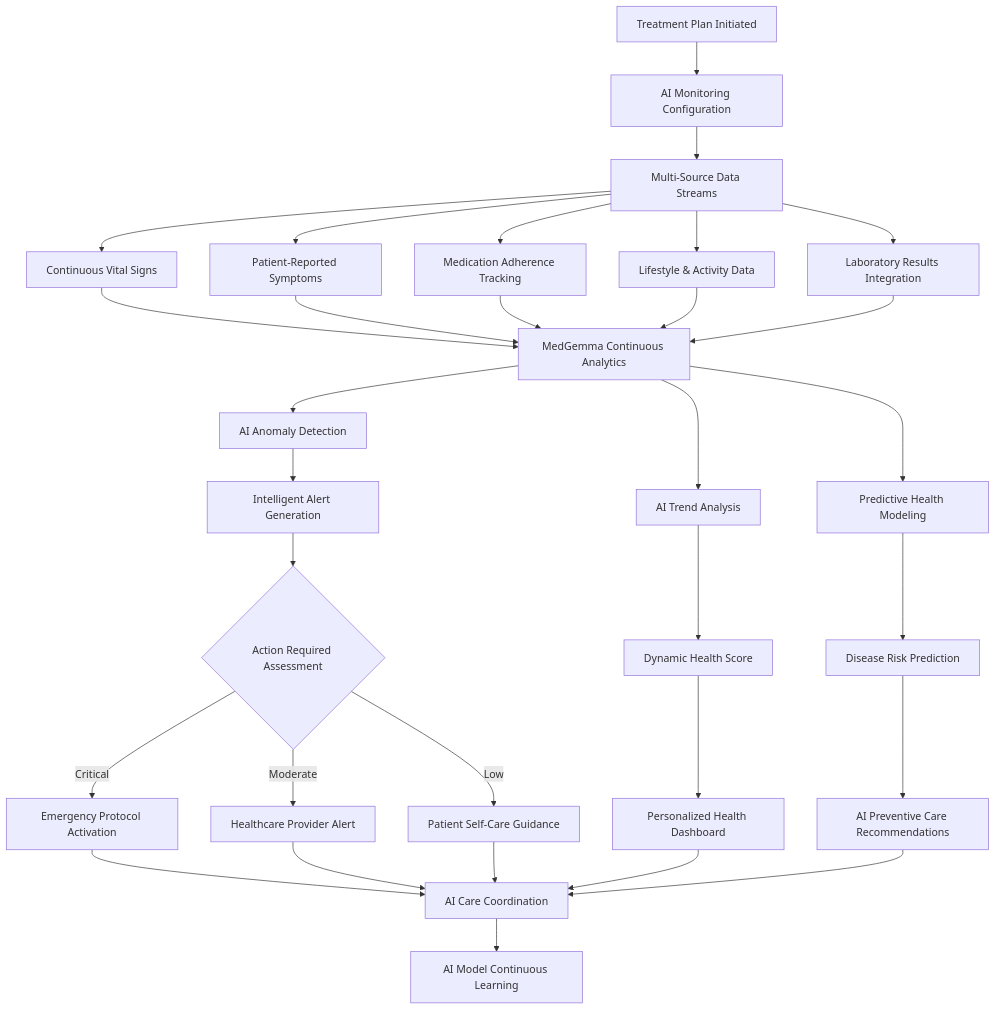
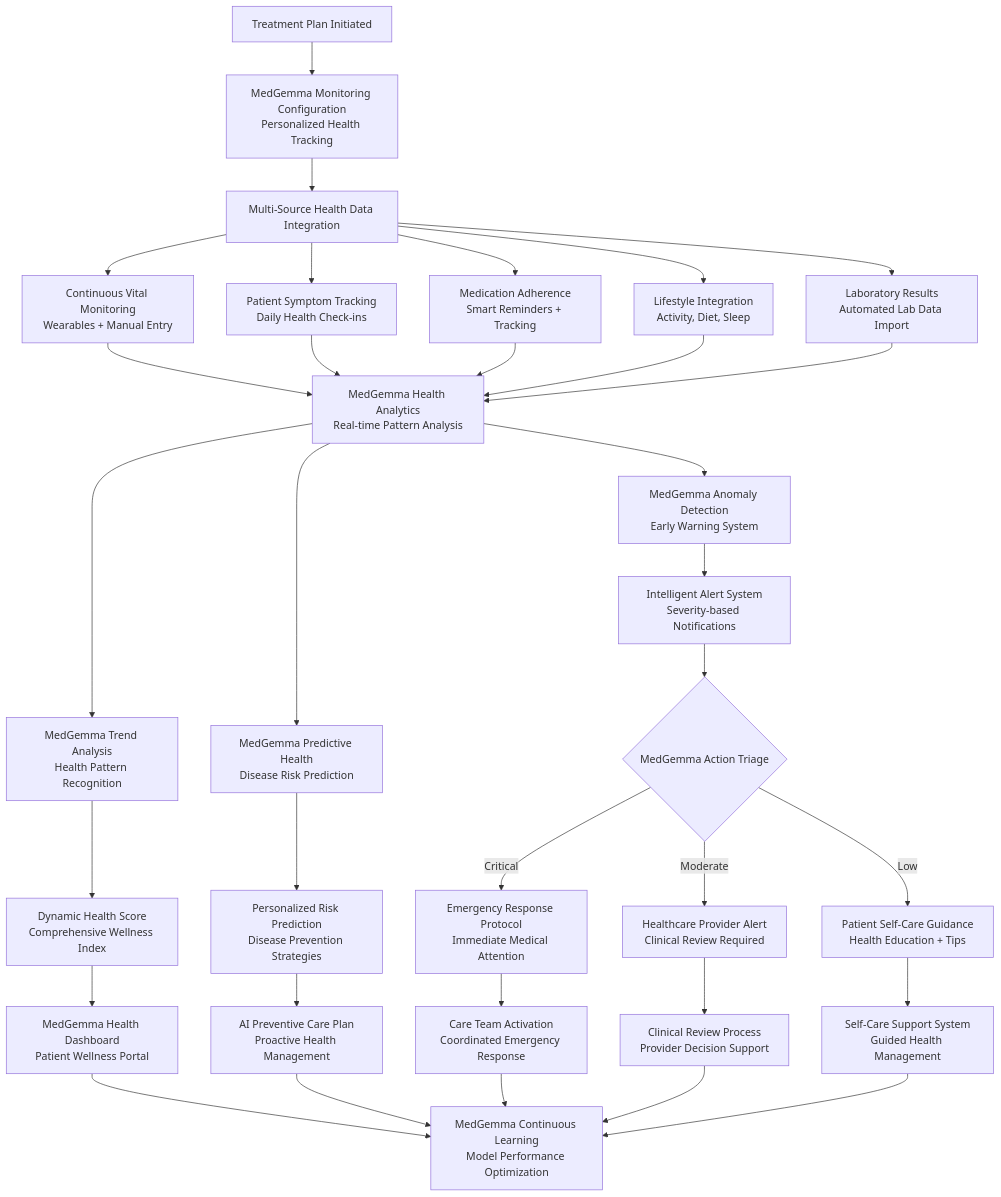
The sixth of 7 diagrams in System diagrams/system_diagrams.md (Assem-ElQersh/MedFlow-AI-Medical-Assistance-System), drawn with Mermaid before and after one commit. The commit also changed other lines of this file, not shown here.

````diff
--- a/System diagrams/system_diagrams.md
+++ b/System diagrams/system_diagrams.md
@@ -261,41 +275,44 @@
 ```mermaid
 flowchart TD
-    Start[Treatment Plan Initiated] --> MonitoringSetup[AI Monitoring Configuration]
+    TreatmentStart[Treatment Plan Initiated] --> MonitoringSetup[MedGemma Monitoring Configuration<br/>Personalized Health Tracking]
     
-    MonitoringSetup --> DataStreams[Multi-Source Data Streams]
-    DataStreams --> VitalStream[Continuous Vital Signs]
-    DataStreams --> SymptomStream[Patient-Reported Symptoms]
-    DataStreams --> MedicationStream[Medication Adherence Tracking]
-    DataStreams --> LifestyleStream[Lifestyle & Activity Data]
-    DataStreams --> LabStream[Laboratory Results Integration]
+    MonitoringSetup --> DataIntegration[Multi-Source Health Data Integration]
     
-    VitalStream --> AIAnalytics[MedGemma Continuous Analytics]
-    SymptomStream --> AIAnalytics
-    MedicationStream --> AIAnalytics
-    LifestyleStream --> AIAnalytics
-    LabStream --> AIAnalytics
+    DataIntegration --> ContinuousVitals[Continuous Vital Monitoring<br/>Wearables + Manual Entry]
+    DataIntegration --> SymptomTracking[Patient Symptom Tracking<br/>Daily Health Check-ins]
+    DataIntegration --> MedicationMonitoring[Medication Adherence<br/>Smart Reminders + Tracking]
+    DataIntegration --> LifestyleData[Lifestyle Integration<br/>Activity, Diet, Sleep]
+    DataIntegration --> LabIntegration[Laboratory Results<br/>Automated Lab Data Import]
     
-    AIAnalytics --> TrendAnalysis[AI Trend Analysis]
-    AIAnalytics --> PredictiveModeling[Predictive Health Modeling]
-    AIAnalytics --> AnomalyDetection[AI Anomaly Detection]
+    ContinuousVitals --> MedGemmaAnalytics[MedGemma Health Analytics<br/>Real-time Pattern Analysis]
+    SymptomTracking --> MedGemmaAnalytics
+    MedicationMonitoring --> MedGemmaAnalytics
+    LifestyleData --> MedGemmaAnalytics
+    LabIntegration --> MedGemmaAnalytics
     
-    TrendAnalysis --> HealthScore[Dynamic Health Score]
-    PredictiveModeling --> RiskPrediction[Disease Risk Prediction]
-    AnomalyDetection --> AlertGeneration[Intelligent Alert Generation]
+    MedGemmaAnalytics --> TrendAnalysis[MedGemma Trend Analysis<br/>Health Pattern Recognition]
+    MedGemmaAnalytics --> PredictiveModeling[MedGemma Predictive Health<br/>Disease Risk Prediction]
+    MedGemmaAnalytics --> AnomalyDetection[MedGemma Anomaly Detection<br/>Early Warning System]
     
-    HealthScore --> Dashboard[Personalized Health Dashboard]
-    RiskPrediction --> PreventiveCare[AI Preventive Care Recommendations]
-    AlertGeneration --> ActionRequired{Action Required Assessment}
+    TrendAnalysis --> HealthScoring[Dynamic Health Score<br/>Comprehensive Wellness Index]
+    PredictiveModeling --> RiskPrediction[Personalized Risk Prediction<br/>Disease Prevention Strategies]
+    AnomalyDetection --> IntelligentAlerts[Intelligent Alert System<br/>Severity-based Notifications]
     
-    ActionRequired -->|Critical| EmergencyResponse[Emergency Protocol Activation]
-    ActionRequired -->|Moderate| ProviderAlert[Healthcare Provider Alert]
-    ActionRequired -->|Low| PatientNotification[Patient Self-Care Guidance]
+    HealthScoring --> PersonalizedDashboard[MedGemma Health Dashboard<br/>Patient Wellness Portal]
+    RiskPrediction --> PreventivePlan[AI Preventive Care Plan<br/>Proactive Health Management]
+    IntelligentAlerts --> ActionTriage{MedGemma Action Triage}
     
-    EmergencyResponse --> CareCoordination[AI Care Coordination]
-    ProviderAlert --> CareCoordination
-    PatientNotification --> CareCoordination
+    ActionTriage -->|Critical| EmergencyProtocol[Emergency Response Protocol<br/>Immediate Medical Attention]
+    ActionTriage -->|Moderate| ProviderNotification[Healthcare Provider Alert<br/>Clinical Review Required]
+    ActionTriage -->|Low| PatientGuidance[Patient Self-Care Guidance<br/>Health Education + Tips]
     
-    Dashboard --> CareCoordination
-    PreventiveCare --> CareCoordination
-    CareCoordination --> ContinuousImprovement[AI Model Continuous Learning]
+    EmergencyProtocol --> CareTeamActivation[Care Team Activation<br/>Coordinated Emergency Response]
+    ProviderNotification --> ClinicalReview[Clinical Review Process<br/>Provider Decision Support]
+    PatientGuidance --> SelfCareSupport[Self-Care Support System<br/>Guided Health Management]
+    
+    PersonalizedDashboard --> ContinuousOptimization[MedGemma Continuous Learning<br/>Model Performance Optimization]
+    PreventivePlan --> ContinuousOptimization
+    CareTeamActivation --> ContinuousOptimization
+    ClinicalReview --> ContinuousOptimization
+    SelfCareSupport --> ContinuousOptimization
 ```
````
